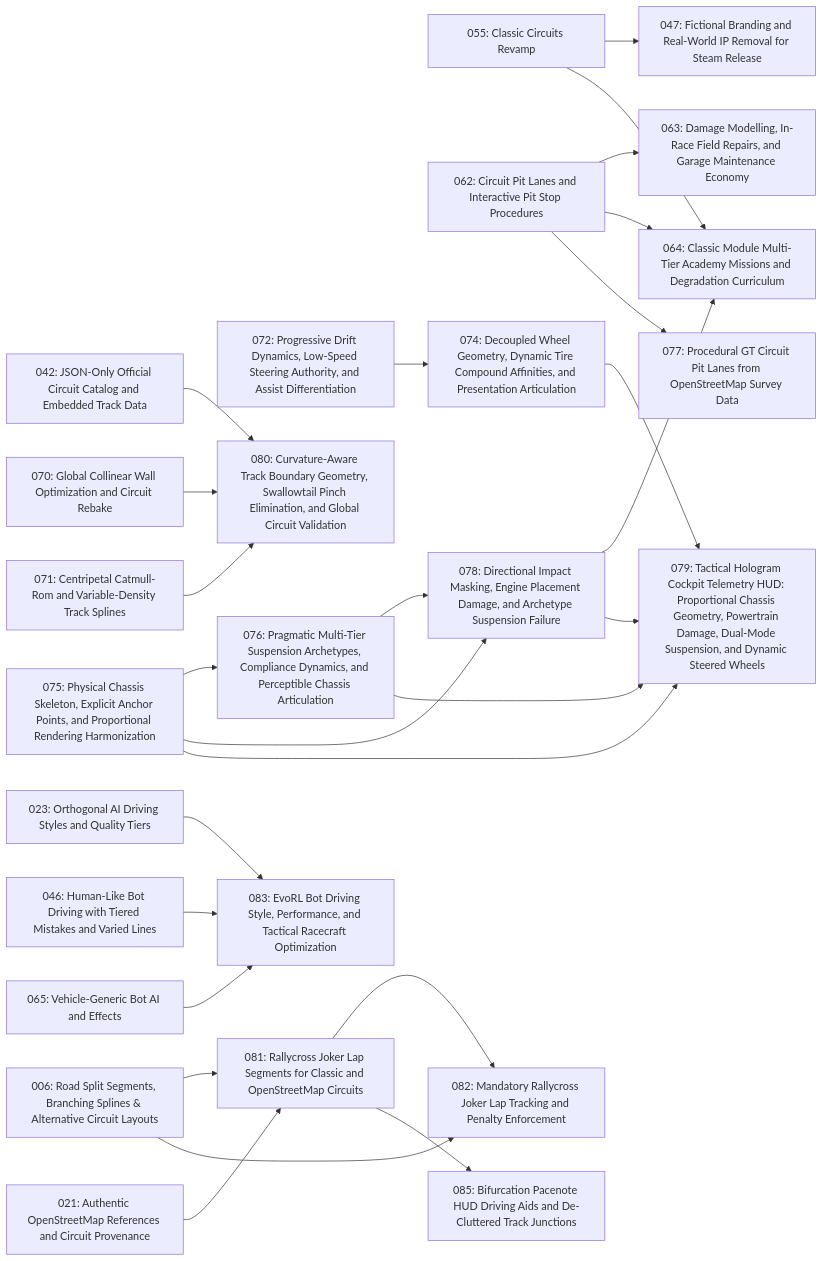
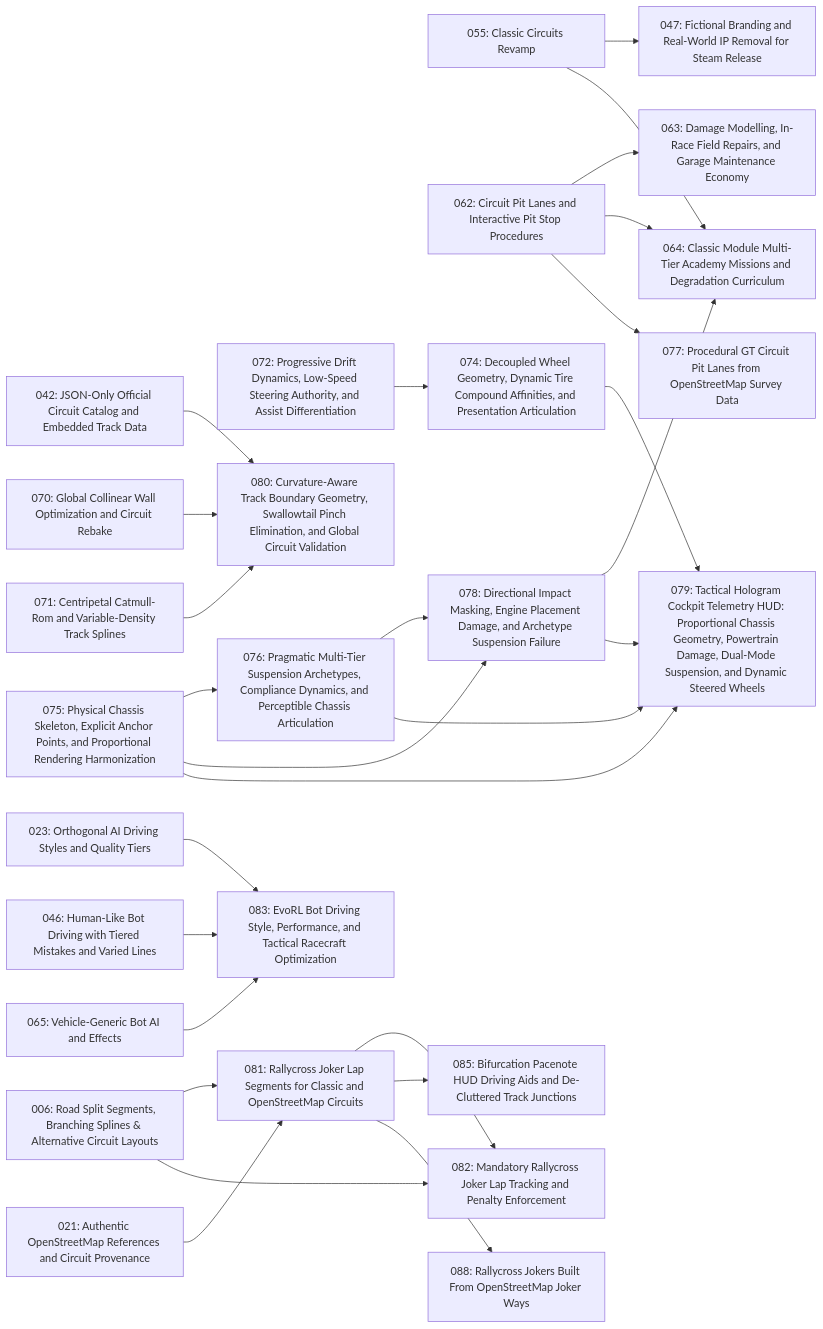
One commit to magomar/tdrace changed the diagram in specs/index.md. Above: the diagram before and after it, drawn with Mermaid. The commit also changed other lines of this file and 9 other files, not shown here.

````diff
--- a/specs/index.md
+++ b/specs/index.md
@@ -112,53 +113,55 @@
 ```mermaid
 flowchart LR
     006["006: Road Split Segments, Branching Splines & Alternative Circuit Layouts"]
     021["021: Authentic OpenStreetMap References and Circuit Provenance"]
     023["023: Orthogonal AI Driving Styles and Quality Tiers"]
     042["042: JSON-Only Official Circuit Catalog and Embedded Track Data"]
     046["046: Human-Like Bot Driving with Tiered Mistakes and Varied Lines"]
     047["047: Fictional Branding and Real-World IP Removal for Steam Release"]
     055["055: Classic Circuits Revamp"]
     062["062: Circuit Pit Lanes and Interactive Pit Stop Procedures"]
     063["063: Damage Modelling, In-Race Field Repairs, and Garage Maintenance Economy"]
     064["064: Classic Module Multi-Tier Academy Missions and Degradation Curriculum"]
     065["065: Vehicle-Generic Bot AI and Effects"]
     070["070: Global Collinear Wall Optimization and Circuit Rebake"]
     071["071: Centripetal Catmull-Rom and Variable-Density Track Splines"]
     072["072: Progressive Drift Dynamics, Low-Speed Steering Authority, and Assist Differentiation"]
     074["074: Decoupled Wheel Geometry, Dynamic Tire Compound Affinities, and Presentation Articulation"]
     075["075: Physical Chassis Skeleton, Explicit Anchor Points, and Proportional Rendering Harmonization"]
     076["076: Pragmatic Multi-Tier Suspension Archetypes, Compliance Dynamics, and Perceptible Chassis Articulation"]
     077["077: Procedural GT Circuit Pit Lanes from OpenStreetMap Survey Data"]
     078["078: Directional Impact Masking, Engine Placement Damage, and Archetype Suspension Failure"]
     079["079: Tactical Hologram Cockpit Telemetry HUD: Proportional Chassis Geometry, Powertrain Damage, Dual-Mode Suspension, and Dynamic Steered Wheels"]
     080["080: Curvature-Aware Track Boundary Geometry, Swallowtail Pinch Elimination, and Global Circuit Validation"]
     081["081: Rallycross Joker Lap Segments for Classic and OpenStreetMap Circuits"]
     082["082: Mandatory Rallycross Joker Lap Tracking and Penalty Enforcement"]
     083["083: EvoRL Bot Driving Style, Performance, and Tactical Racecraft Optimization"]
     085["085: Bifurcation Pacenote HUD Driving Aids and De-Cluttered Track Junctions"]
+    088["088: Rallycross Jokers Built From OpenStreetMap Joker Ways"]
     055 --> 047
     062 --> 063
     055 --> 064
     062 --> 064
     078 --> 064
     072 --> 074
     075 --> 076
     062 --> 077
     075 --> 078
     076 --> 078
     074 --> 079
     075 --> 079
     076 --> 079
     078 --> 079
     042 --> 080
     070 --> 080
     071 --> 080
     006 --> 081
     021 --> 081
     006 --> 082
     081 --> 082
     023 --> 083
     046 --> 083
     065 --> 083
     081 --> 085
+    081 --> 088
 ```
````
